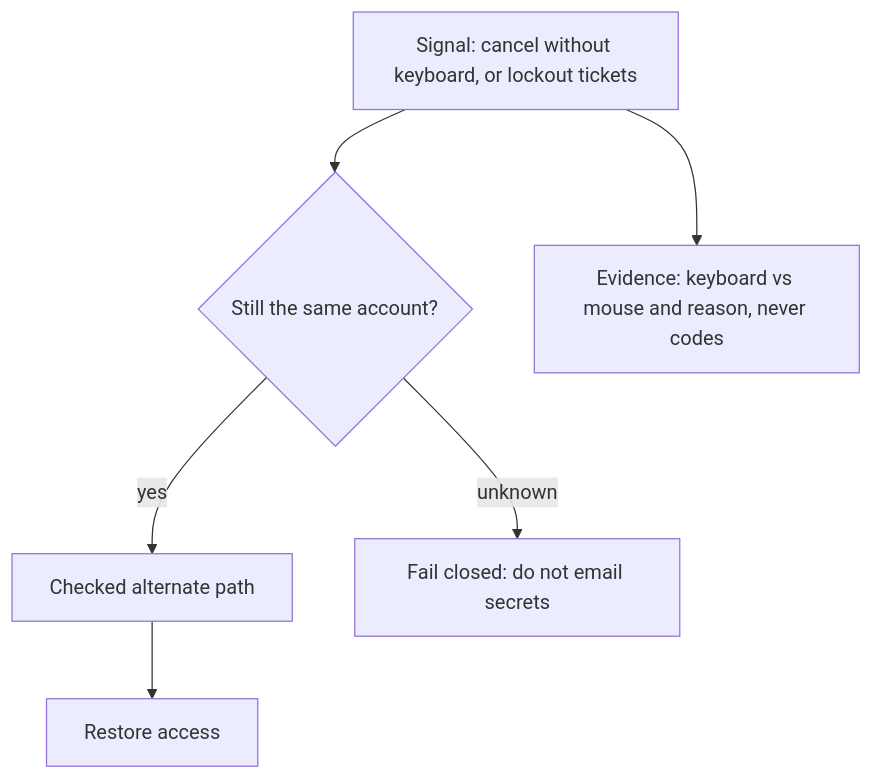
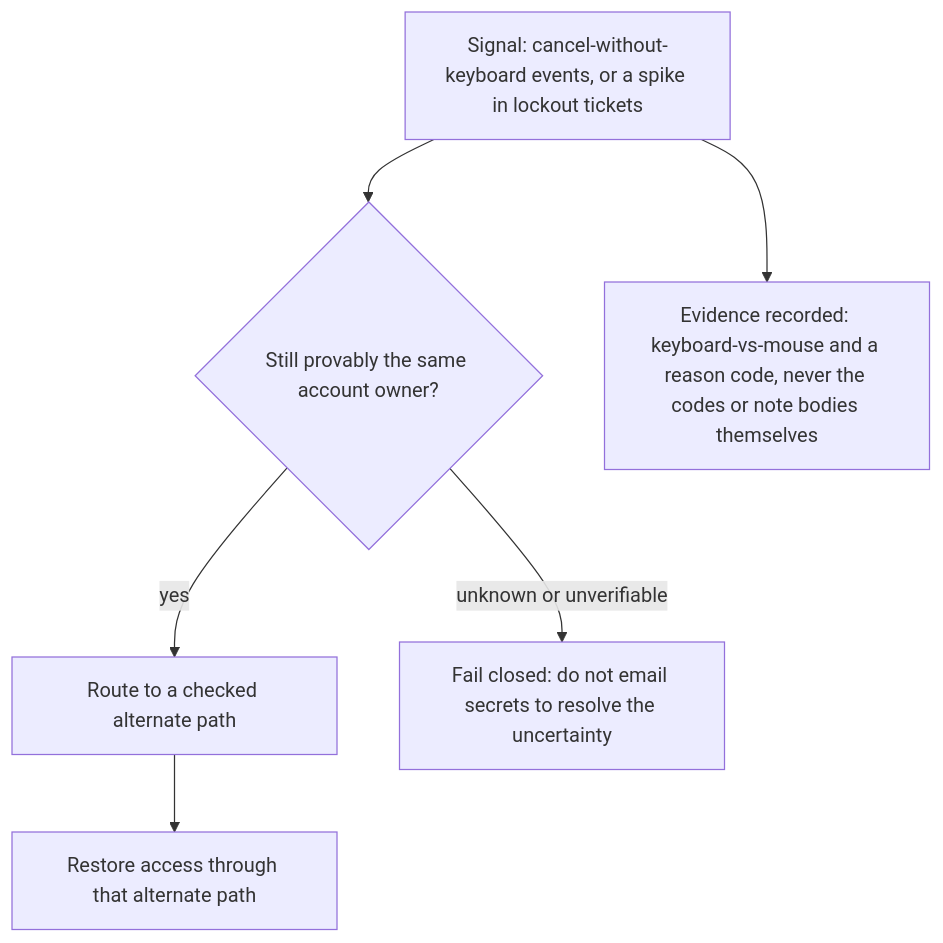
Before and after one commit to ishitvagoel/LearnSecurity: the diagram in content/modules/1/1.4/lessons/06-operate.md, drawn with Mermaid. The commit also changed other lines of this file and 18 other files, not shown here.

````diff
--- a/content/modules/1/1.4/lessons/06-operate.md
+++ b/content/modules/1/1.4/lessons/06-operate.md
@@ -14,8 +14,8 @@
 ```mermaid
 flowchart TD
-  Sig[Signal: cancel without keyboard, or lockout tickets] --> Dec{Still the same account?}
-  Dec -->|yes| Alt[Checked alternate path]
-  Dec -->|unknown| Deny[Fail closed: do not email secrets]
-  Alt --> Rec[Restore access]
-  Sig --> Ev[Evidence: keyboard vs mouse and reason, never codes]
+  Sig[Signal: cancel-without-keyboard events, or a spike in lockout tickets] --> Dec{Still provably the same account owner?}
+  Dec -->|yes| Alt[Route to a checked alternate path]
+  Dec -->|unknown or unverifiable| Deny[Fail closed: do not email secrets to resolve the uncertainty]
+  Alt --> Rec[Restore access through that alternate path]
+  Sig --> Ev[Evidence recorded: keyboard-vs-mouse and a reason code, never the codes or note bodies themselves]
 ```
````
